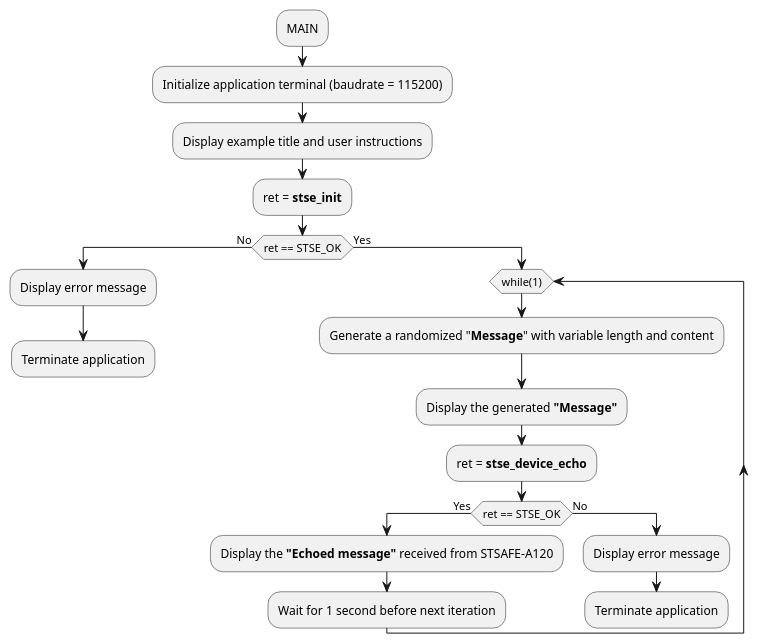
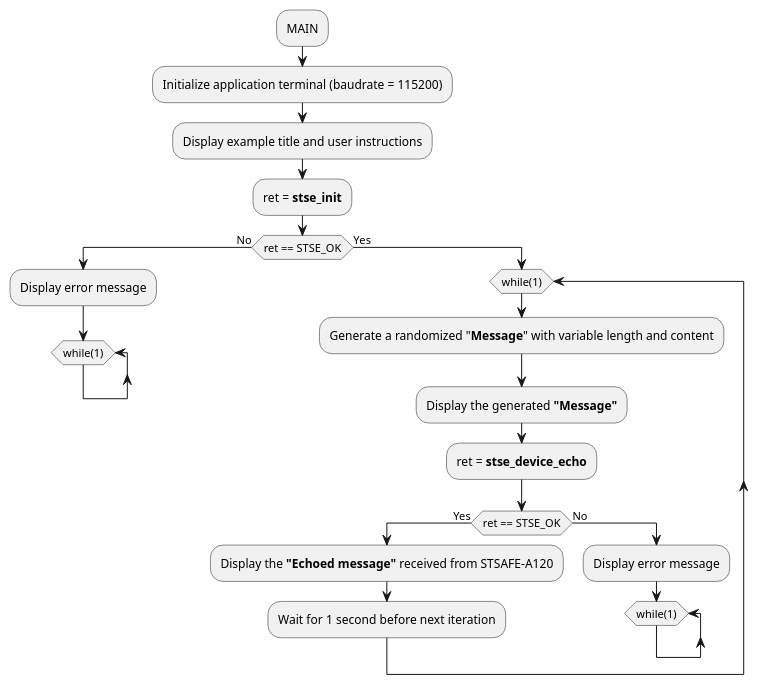
The diagram in Documentation/resources/Markdown/03_Project_examples_description/Echo_loop/STSAFE-A120_echo_loop.md (Grom-perso/STSAFE-A120_examples_dev), drawn with PlantUML before and after one commit. The commit also changed other lines of this file and 54 other files, not shown here.

```diff
--- a/Documentation/resources/Markdown/03_Project_examples_description/Echo_loop/STSAFE-A120_echo_loop.md
+++ b/Documentation/resources/Markdown/03_Project_examples_description/Echo_loop/STSAFE-A120_echo_loop.md
@@ -11,29 +11,31 @@
 @startuml{Echo_loop_Example_flowchart.png} "Echo Loop Example flowchart" width=5cm
   :MAIN;
   :Initialize application terminal (baudrate = 115200);
   :Display example title and user instructions;
   :ret = <b>stse_init</b>;
   if(ret == STSE_OK) then (No)
   :Display error message;
-  :Terminate application;
+	while (while(1))
+	end while
     -[hidden]->
   detach
   else (Yes)
   while (while(1))
     :Generate a randomized "<b>Message</b>" with variable length and content;
     :Display the generated <b>"Message"</b>;
     :ret = <b>stse_device_echo</b>;
     if(ret == STSE_OK) then (Yes)
     :Display the <b>"Echoed message"</b> received from STSAFE-A120;
     :Wait for 1 second before next iteration;
     else (No)
     :Display error message;
-    :Terminate application;
+	while (while(1))
+	end while
     -[hidden]->
     detach
     endif
   end while
   -[hidden]->
     detach
   endif
 @enduml
```
